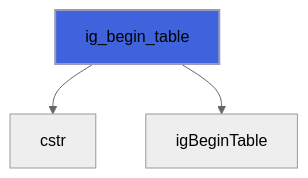
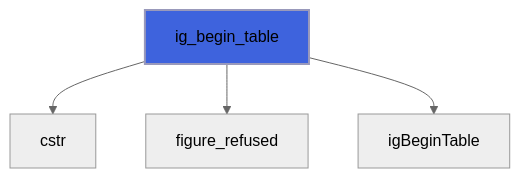
Diagram 26 of 26 in docs/api/src/lib/figure_group.md (szaghi/figure), drawn with Mermaid (neutral theme) before and after one commit. The commit also changed other lines of this file and 13 other files, not shown here.

````diff
--- a/docs/api/src/lib/figure_group.md
+++ b/docs/api/src/lib/figure_group.md
@@ -636,6 +641,7 @@
 ```mermaid
 flowchart TD
   ig_begin_table["ig_begin_table"] --> cstr["cstr"]
+  ig_begin_table["ig_begin_table"] --> figure_refused["figure_refused"]
   ig_begin_table["ig_begin_table"] --> igBeginTable["igBeginTable"]
   style ig_begin_table fill:#3e63dd,stroke:#99b,stroke-width:2px
 ```
````
